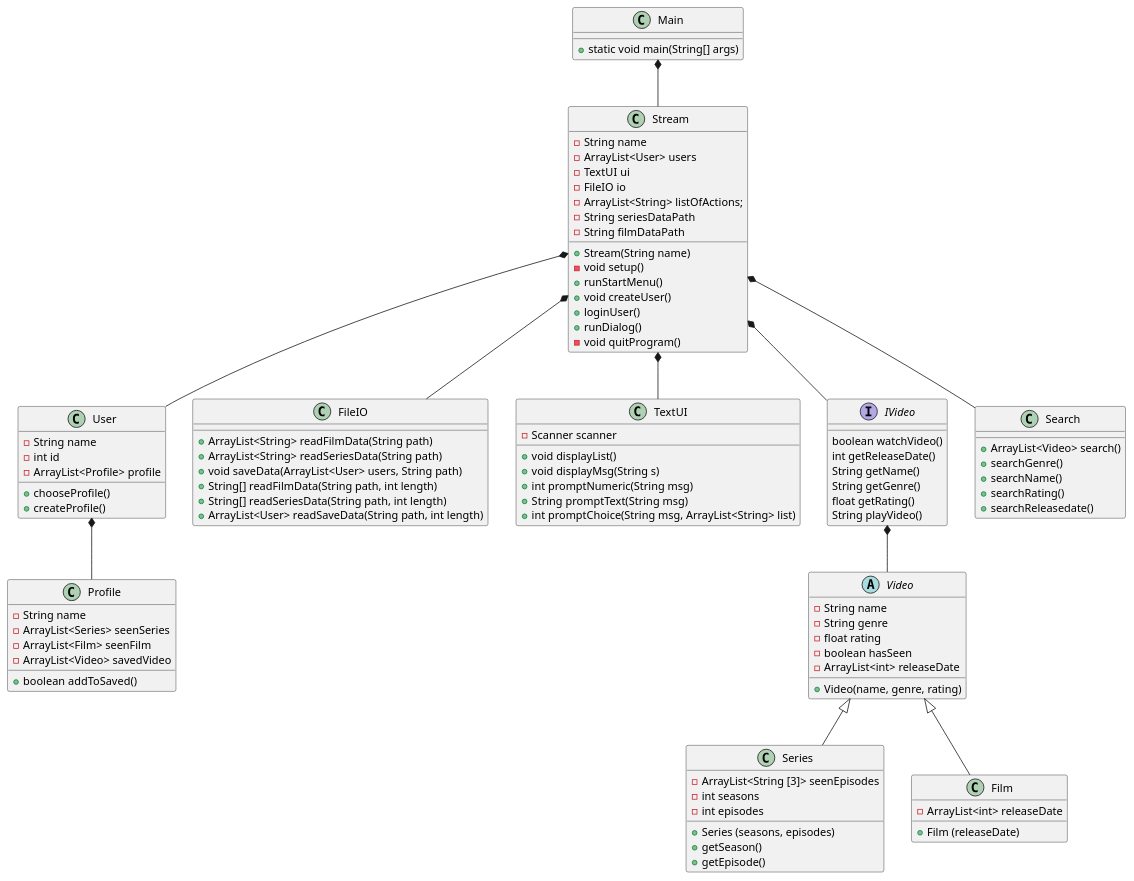
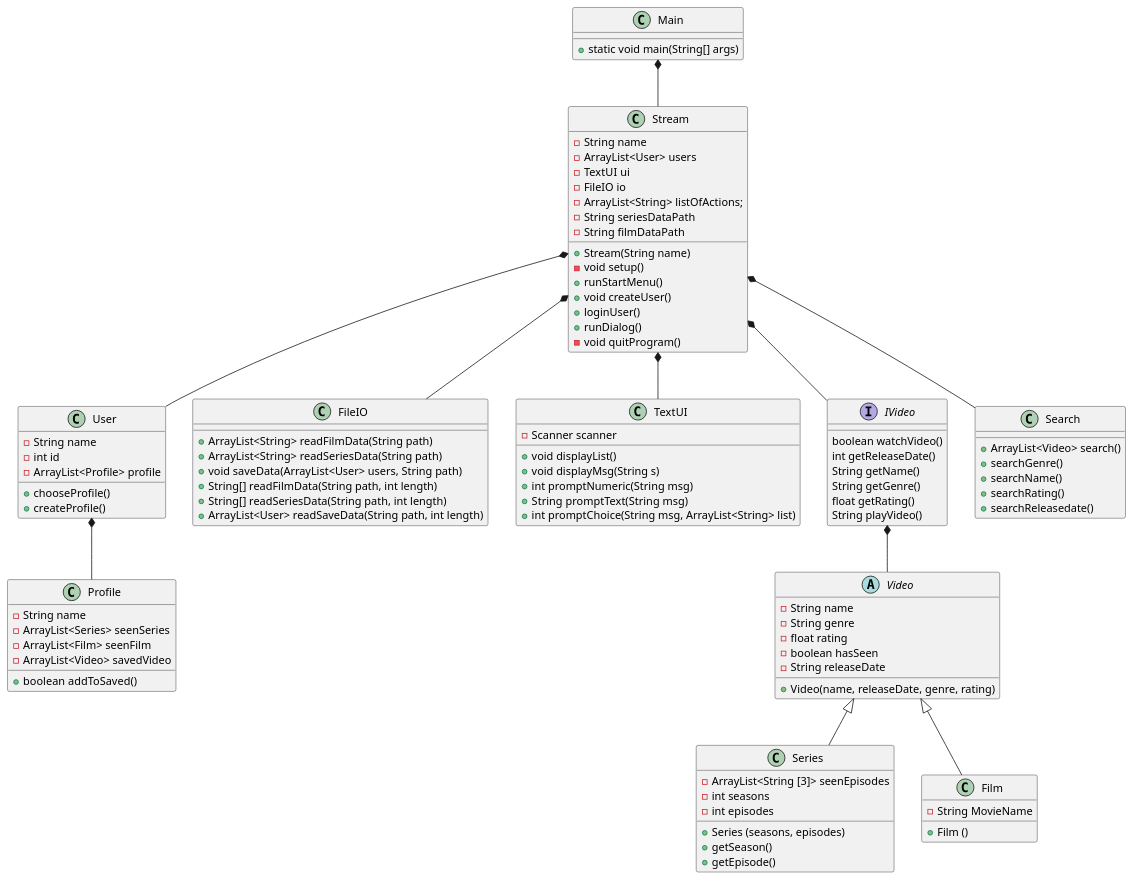
One commit to Gervig/SP3-Gruppe-C changed the diagram in doc/Plan/static/classdiagram.puml. Above: the diagram before and after it, drawn with PlantUML.

```diff
--- a/doc/Plan/static/classdiagram.puml
+++ b/doc/Plan/static/classdiagram.puml
@@ -1,132 +1,131 @@
 @startuml
 'https://plantuml.com/class-diagram
 
 class Main{
 + static void main(String[] args)
 }
 
 class Stream{
 - String name
 'utilities
 - ArrayList<User> users
 - TextUI ui
 - FileIO io
 - ArrayList<String> listOfActions;
 - String seriesDataPath
 - String filmDataPath
 'constructor
 + Stream(String name)
 'methods
 - void setup()
 ' setup er til er at læse data
 + runStartMenu()
 + void createUser()
 ' skal createUser være void? Det er den i matador
 ' createUser skal vel checke om der er andre med det brugernavn
 + loginUser()
 ' skal loginUser være void?
 ' den skal vel checke om der er en user med det username
 + runDialog()
 ' i runDialog kan man vælge at søge
 - void quitProgram()
 }
 
 
 class User{
 -String name
 - int id
 -ArrayList<Profile> profile
 + chooseProfile()
 + createProfile()
 ' skal den checke om den user har en profil med det brugernavn?
 }
 
 class Profile{
 - String name
 - ArrayList<Series> seenSeries
 - ArrayList<Film> seenFilm
 - ArrayList<Video> savedVideo
 + boolean addToSaved()
-'bør disse være under IVideo eller video i stedet?
 
 }
 class FileIO{
 + ArrayList<String> readFilmData(String path)
 + ArrayList<String> readSeriesData(String path)
 + void saveData(ArrayList<User> users, String path)
 + String[] readFilmData(String path, int length)
 + String[] readSeriesData(String path, int length)
 + ArrayList<User> readSaveData(String path, int length)
 }
 
 class TextUI{
 - Scanner scanner
 + void displayList()
 + void displayMsg(String s)
 + int promptNumeric(String msg)
 + String promptText(String msg)
 + int promptChoice(String msg, ArrayList<String> list)
 }
 
 interface IVideo {
 boolean watchVideo()
 int getReleaseDate()
 String getName()
 String getGenre()
 float getRating()
 String playVideo()
 }
 
 abstract Class Video{
 - String name
 - String genre
 - float rating
 - boolean hasSeen
-- ArrayList<int> releaseDate
+- String releaseDate
 'constructor
-+ Video(name, genre, rating)
++ Video(name, releaseDate, genre, rating)
 }
 
 class Series{
 - ArrayList<String [3]> seenEpisodes
 - int seasons
 - int episodes
 + Series (seasons, episodes)
 + getSeason()
 + getEpisode()
 }
 
 class Film {
-- ArrayList<int> releaseDate
+- String MovieName
 'constructor
-+ Film (releaseDate)
++ Film ()
 }
 
 
 class Search{
 + ArrayList<Video> search()
 'methods til de forskellige søgemuligheder
 ' Skal disse returnere objekterne fra video?
 + searchGenre()
 + searchName()
 + searchRating()
 + searchReleasedate()
 'skal vi have funktioner der kun søger blandt serier og film adskilt?
 }
 
 IVideo *-- Video
 
 Video <|-- Series
 Video <|-- Film
 
 User *-- Profile
 
 Main *-- Stream
 
 Stream *-- User
 Stream *-- FileIO
 Stream *-- TextUI
 Stream *-- IVideo
 Stream *-- Search
 
 @enduml
```
